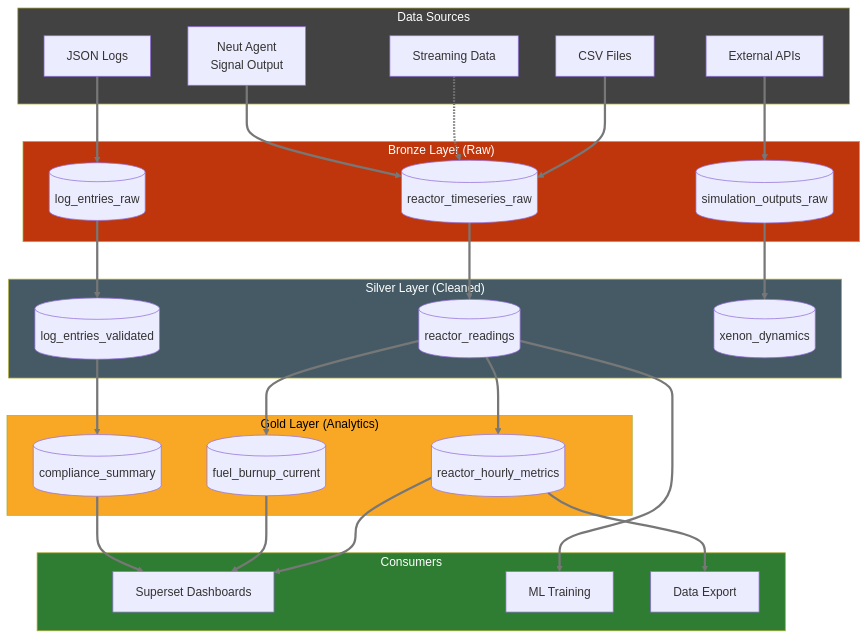
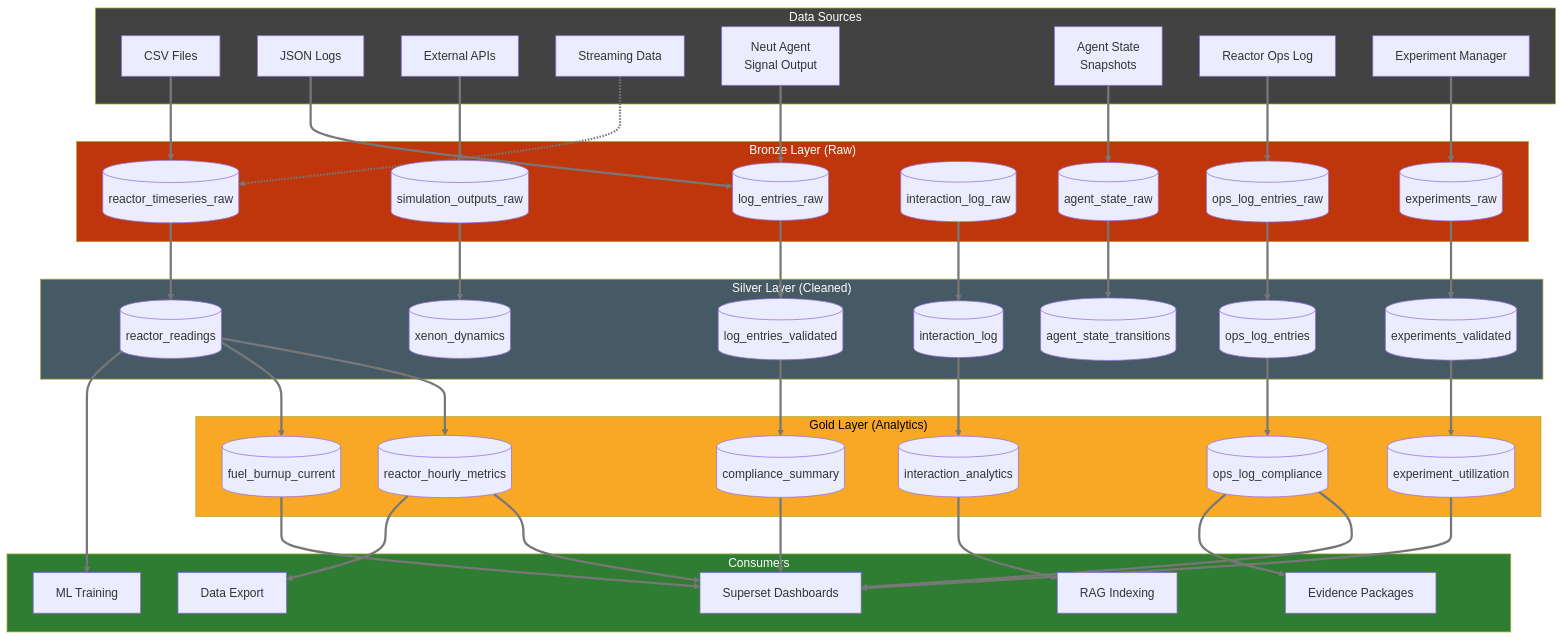
One commit to benjaminbooth/neutron-os-core changed the second of 3 diagrams in docs/requirements/prd-data-platform.md. Above: the diagram before and after it, drawn with Mermaid. The commit also changed other lines of this file and 17 other files, not shown here.

Commit message:
Platform architecture overhaul — nuclear domain extensions, gap closure

```diff
--- a/docs/requirements/prd-data-platform.md
+++ b/docs/requirements/prd-data-platform.md
@@ -66,52 +67,82 @@
         API[External APIs]
         Stream[Streaming Data]
         Neut[Neut Agent<br/>Signal Output]
+        AgentState[Agent State<br/>Snapshots]
+        OpsLog[Reactor Ops Log]
+        ExpMgr[Experiment Manager]
     end
-    
+
     subgraph Bronze["Bronze Layer (Raw)"]
         B1[(reactor_timeseries_raw)]
         B2[(log_entries_raw)]
         B3[(simulation_outputs_raw)]
+        B4[(interaction_log_raw)]
+        B5[(agent_state_raw)]
+        B6[(ops_log_entries_raw)]
+        B7[(experiments_raw)]
     end
-    
+
     subgraph Silver["Silver Layer (Cleaned)"]
         S1[(reactor_readings)]
         S2[(log_entries_validated)]
         S3[(xenon_dynamics)]
+        S4[(interaction_log)]
+        S5[(agent_state_transitions)]
+        S6[(ops_log_entries)]
+        S7[(experiments_validated)]
     end
-    
+
     subgraph Gold["Gold Layer (Analytics)"]
         G1[(reactor_hourly_metrics)]
         G2[(fuel_burnup_current)]
         G3[(compliance_summary)]
+        G4[(interaction_analytics)]
+        G5[(ops_log_compliance)]
+        G6[(experiment_utilization)]
     end
-    
+
     subgraph Consumers["Consumers"]
         Superset[Superset Dashboards]
         ML[ML Training]
         Export[Data Export]
+        RAG[RAG Indexing]
+        Evidence[Evidence Packages]
     end
-    
+
     CSV --> B1
     JSON --> B2
     API --> B3
     Stream -.-> B1
-    Neut --> B1
-    
+    Neut --> B2
+    AgentState --> B5
+    OpsLog --> B6
+    ExpMgr --> B7
+
     B1 --> S1
     B2 --> S2
     B3 --> S3
-    
+    B4 --> S4
+    B5 --> S5
+    B6 --> S6
+    B7 --> S7
+
     S1 --> G1
     S1 --> G2
     S2 --> G3
-    
+    S4 --> G4
+    S6 --> G5
+    S7 --> G6
+
     G1 --> Superset
     G2 --> Superset
     G3 --> Superset
+    G5 --> Superset
+    G6 --> Superset
     S1 --> ML
     G1 --> Export
-    
+    G5 --> Evidence
+    G4 --> RAG
+
     style Ingestion fill:#424242,color:#fff
     style Bronze fill:#bf360c,color:#fff
     style Silver fill:#455a64,color:#fff
```
